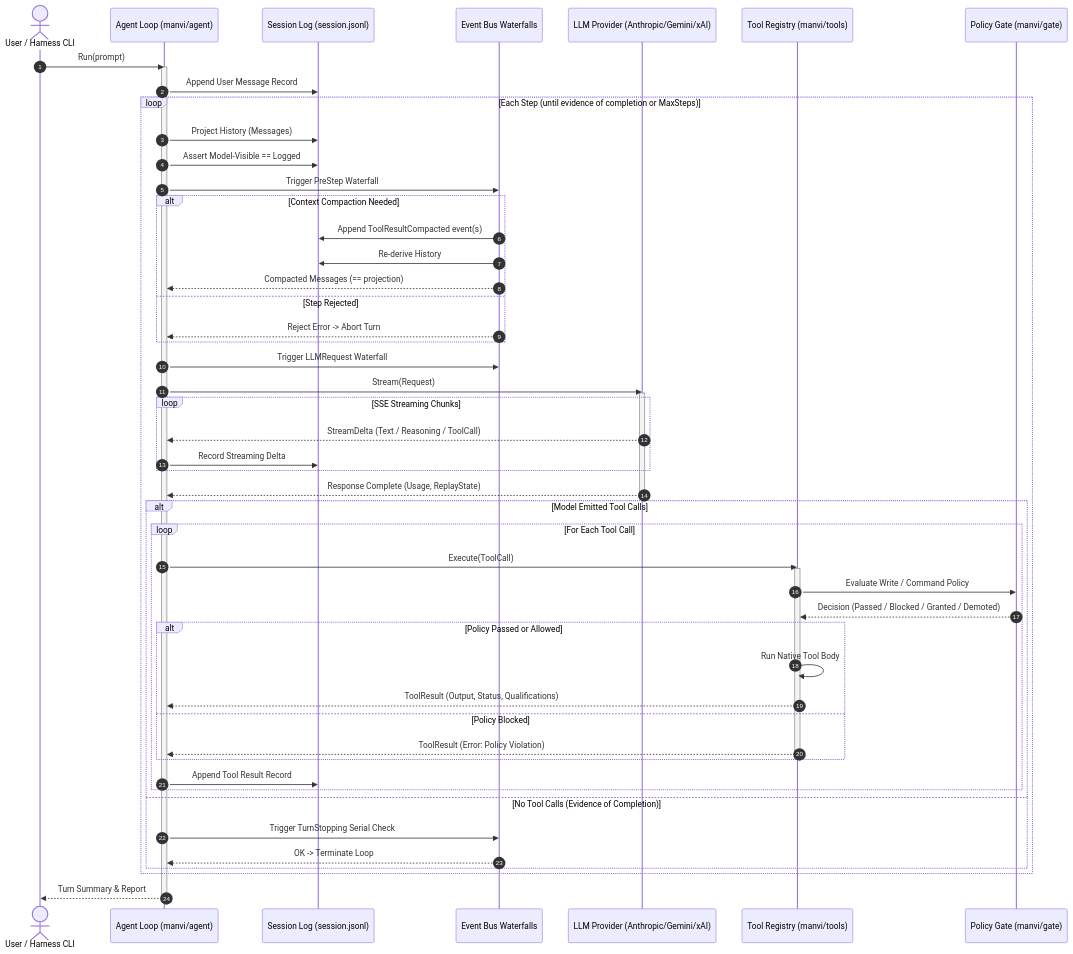
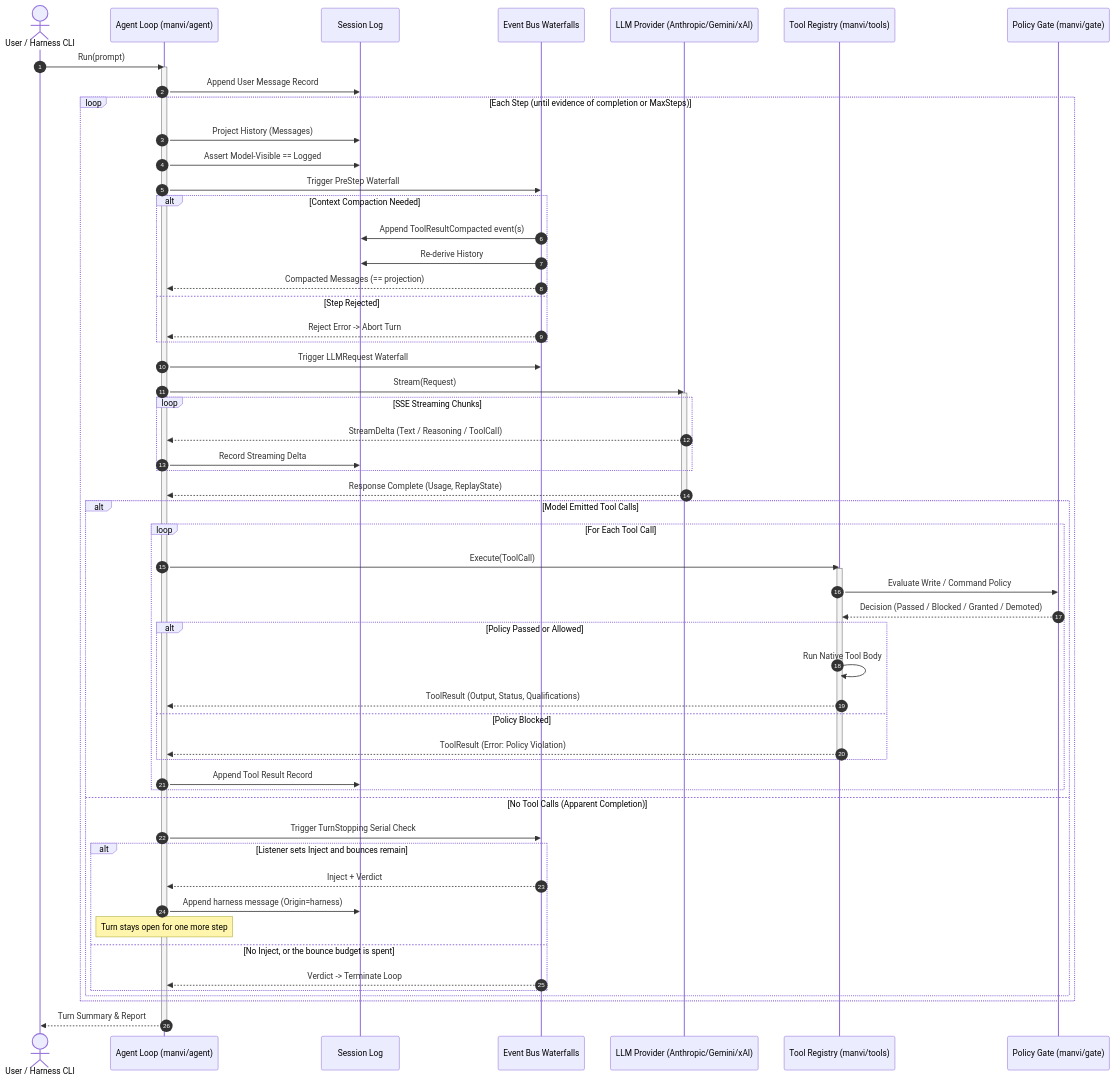
Before and after one commit to bharathvbcr/Manvi: the first of 6 diagrams in docs/AGENT_AND_TURN_LIFECYCLE.md, drawn with Mermaid. The commit also changed other lines of this file and 58 other files, not shown here.

````diff
--- a/docs/AGENT_AND_TURN_LIFECYCLE.md
+++ b/docs/AGENT_AND_TURN_LIFECYCLE.md
@@ -11,65 +11,71 @@
 ```mermaid
 sequenceDiagram
     autonumber
     actor User as User / Harness CLI
     participant AL as Agent Loop (manvi/agent)
-    participant Log as Session Log (session.jsonl)
+    participant Log as Session Log
     participant Waterfall as Event Bus Waterfalls
     participant Provider as LLM Provider (Anthropic/Gemini/xAI)
     participant ToolReg as Tool Registry (manvi/tools)
     participant Gate as Policy Gate (manvi/gate)
 
     User->>AL: Run(prompt)
     activate AL
     AL->>Log: Append User Message Record
     
     loop Each Step (until evidence of completion or MaxSteps)
         AL->>Log: Project History (Messages)
         AL->>Log: Assert Model-Visible == Logged
         
         AL->>Waterfall: Trigger PreStep Waterfall
         alt Context Compaction Needed
             Waterfall->>Log: Append ToolResultCompacted event(s)
             Waterfall->>Log: Re-derive History
             Waterfall-->>AL: Compacted Messages (== projection)
         else Step Rejected
             Waterfall-->>AL: Reject Error -> Abort Turn
         end
 
         AL->>Waterfall: Trigger LLMRequest Waterfall
         AL->>Provider: Stream(Request)
         activate Provider
         
         loop SSE Streaming Chunks
             Provider-->>AL: StreamDelta (Text / Reasoning / ToolCall)
             AL->>Log: Record Streaming Delta
         end
         Provider-->>AL: Response Complete (Usage, ReplayState)
         deactivate Provider
 
         alt Model Emitted Tool Calls
             loop For Each Tool Call
                 AL->>ToolReg: Execute(ToolCall)
                 activate ToolReg
                 ToolReg->>Gate: Evaluate Write / Command Policy
                 Gate-->>ToolReg: Decision (Passed / Blocked / Granted / Demoted)
                 
                 alt Policy Passed or Allowed
                     ToolReg->>ToolReg: Run Native Tool Body
                     ToolReg-->>AL: ToolResult (Output, Status, Qualifications)
                 else Policy Blocked
                     ToolReg-->>AL: ToolResult (Error: Policy Violation)
                 end
                 deactivate ToolReg
                 
                 AL->>Log: Append Tool Result Record
             end
-        else No Tool Calls (Evidence of Completion)
+        else No Tool Calls (Apparent Completion)
             AL->>Waterfall: Trigger TurnStopping Serial Check
-            Waterfall-->>AL: OK -> Terminate Loop
+            alt Listener sets Inject and bounces remain
+                Waterfall-->>AL: Inject + Verdict
+                AL->>Log: Append harness message (Origin=harness)
+                Note over AL: Turn stays open for one more step
+            else No Inject, or the bounce budget is spent
+                Waterfall-->>AL: Verdict -> Terminate Loop
+            end
         end
     end
     
     AL-->>User: Turn Summary & Report
     deactivate AL
 ```
````
